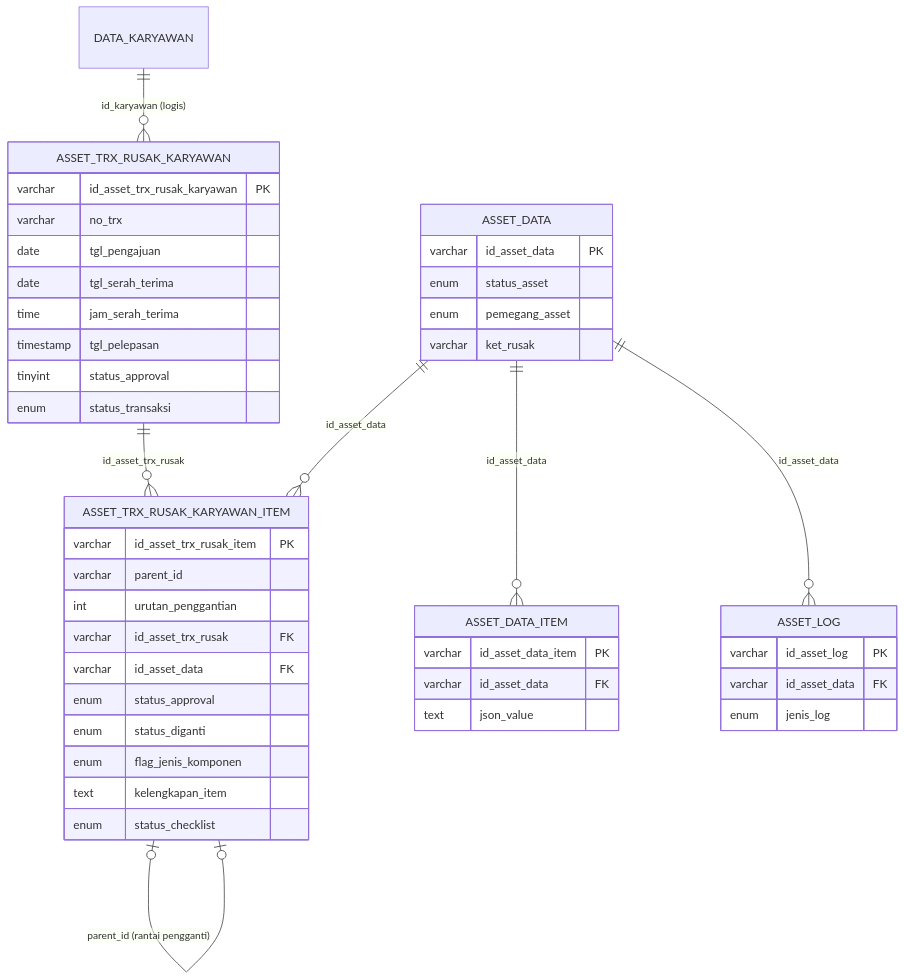
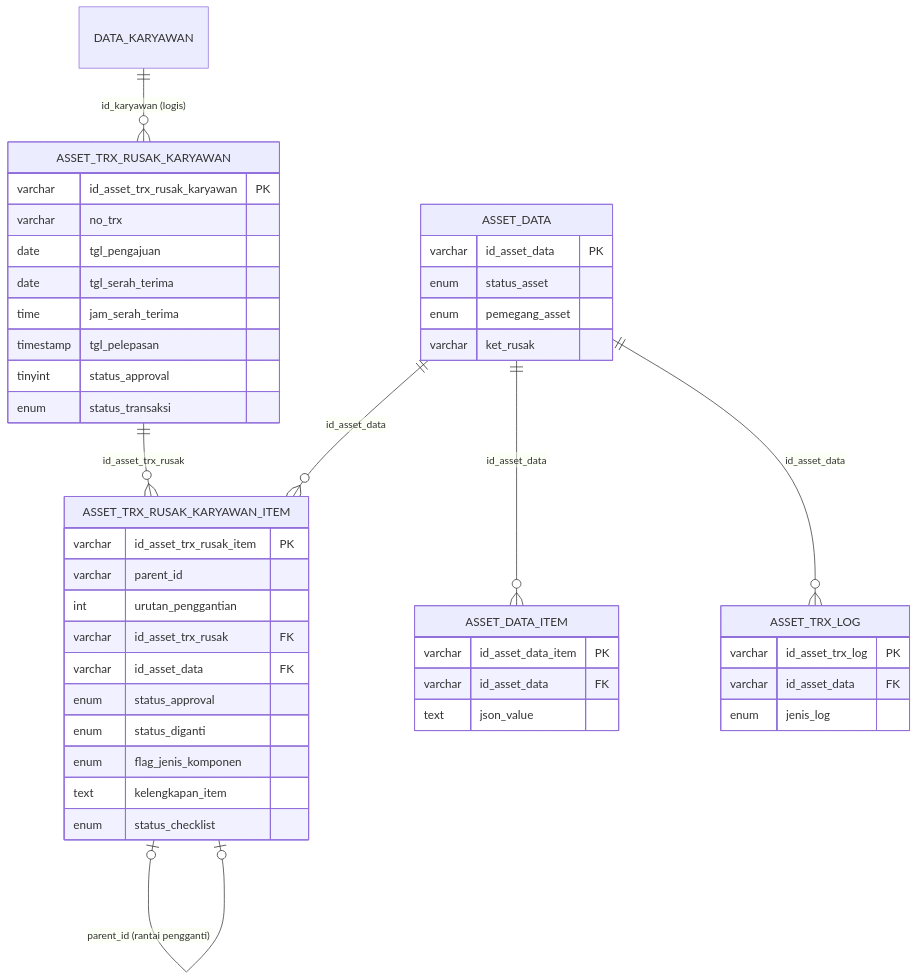
Before and after one commit to setiyawan12/DOKUMENTASI-ASSET: the fourth of 4 diagrams in dokumentasi-asset-kerusakan-karyawan.md, drawn with Mermaid. The commit also changed other lines of this file and 34 other files, not shown here.

````diff
--- a/dokumentasi-asset-kerusakan-karyawan.md
+++ b/dokumentasi-asset-kerusakan-karyawan.md
@@ -360,48 +360,48 @@
 ```mermaid
 erDiagram
     ASSET_TRX_RUSAK_KARYAWAN ||--o{ ASSET_TRX_RUSAK_KARYAWAN_ITEM : "id_asset_trx_rusak"
     ASSET_TRX_RUSAK_KARYAWAN_ITEM |o--o| ASSET_TRX_RUSAK_KARYAWAN_ITEM : "parent_id (rantai pengganti)"
     ASSET_DATA ||--o{ ASSET_TRX_RUSAK_KARYAWAN_ITEM : "id_asset_data"
     ASSET_DATA ||--o{ ASSET_DATA_ITEM : "id_asset_data"
     DATA_KARYAWAN ||--o{ ASSET_TRX_RUSAK_KARYAWAN : "id_karyawan (logis)"
-    ASSET_DATA ||--o{ ASSET_LOG : "id_asset_data"
+    ASSET_DATA ||--o{ ASSET_TRX_LOG : "id_asset_data"
 
     ASSET_TRX_RUSAK_KARYAWAN {
         varchar id_asset_trx_rusak_karyawan PK
         varchar no_trx
         date tgl_pengajuan
         date tgl_serah_terima
         time jam_serah_terima
         timestamp tgl_pelepasan
         tinyint status_approval
         enum status_transaksi
     }
     ASSET_TRX_RUSAK_KARYAWAN_ITEM {
         varchar id_asset_trx_rusak_item PK
         varchar parent_id
         int urutan_penggantian
         varchar id_asset_trx_rusak FK
         varchar id_asset_data FK
         enum status_approval
         enum status_diganti
         enum flag_jenis_komponen
         text kelengkapan_item
         enum status_checklist
     }
     ASSET_DATA {
         varchar id_asset_data PK
         enum status_asset
         enum pemegang_asset
         varchar ket_rusak
     }
     ASSET_DATA_ITEM {
         varchar id_asset_data_item PK
         varchar id_asset_data FK
         text json_value
     }
-    ASSET_LOG {
-        varchar id_asset_log PK
+    ASSET_TRX_LOG {
+        varchar id_asset_trx_log PK
         varchar id_asset_data FK
         enum jenis_log
     }
 ```
````
